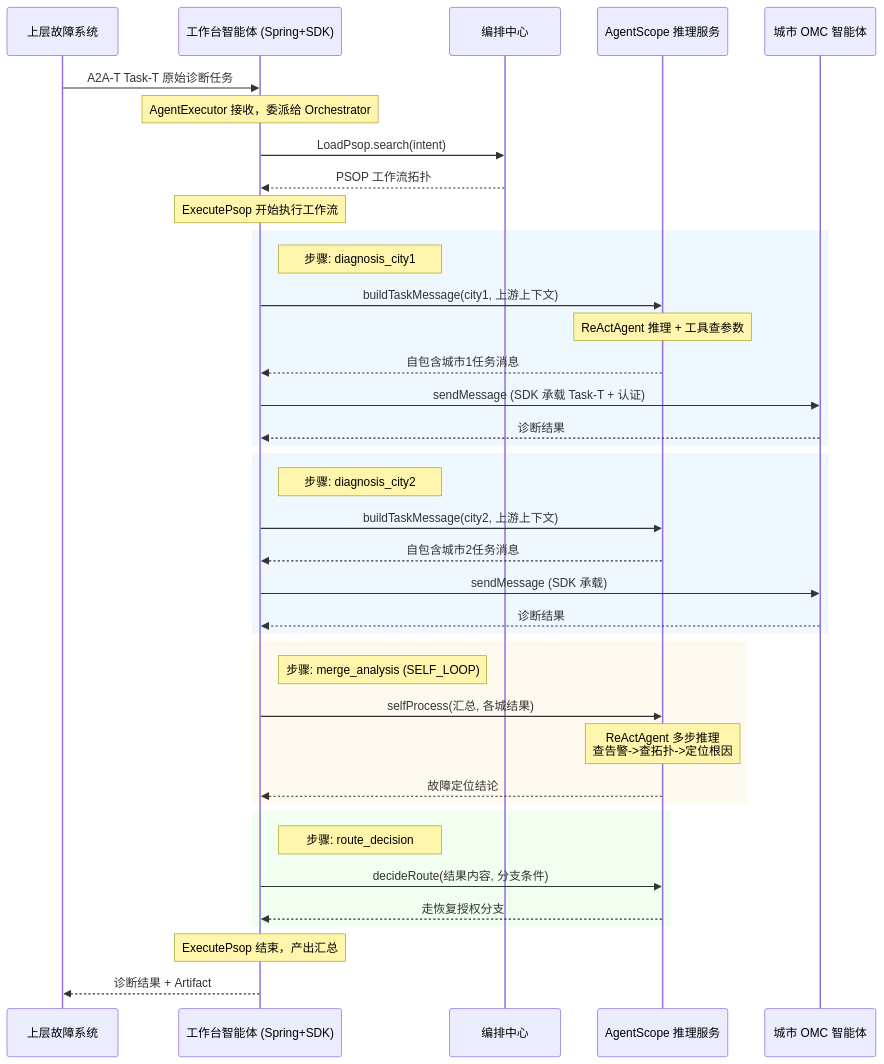
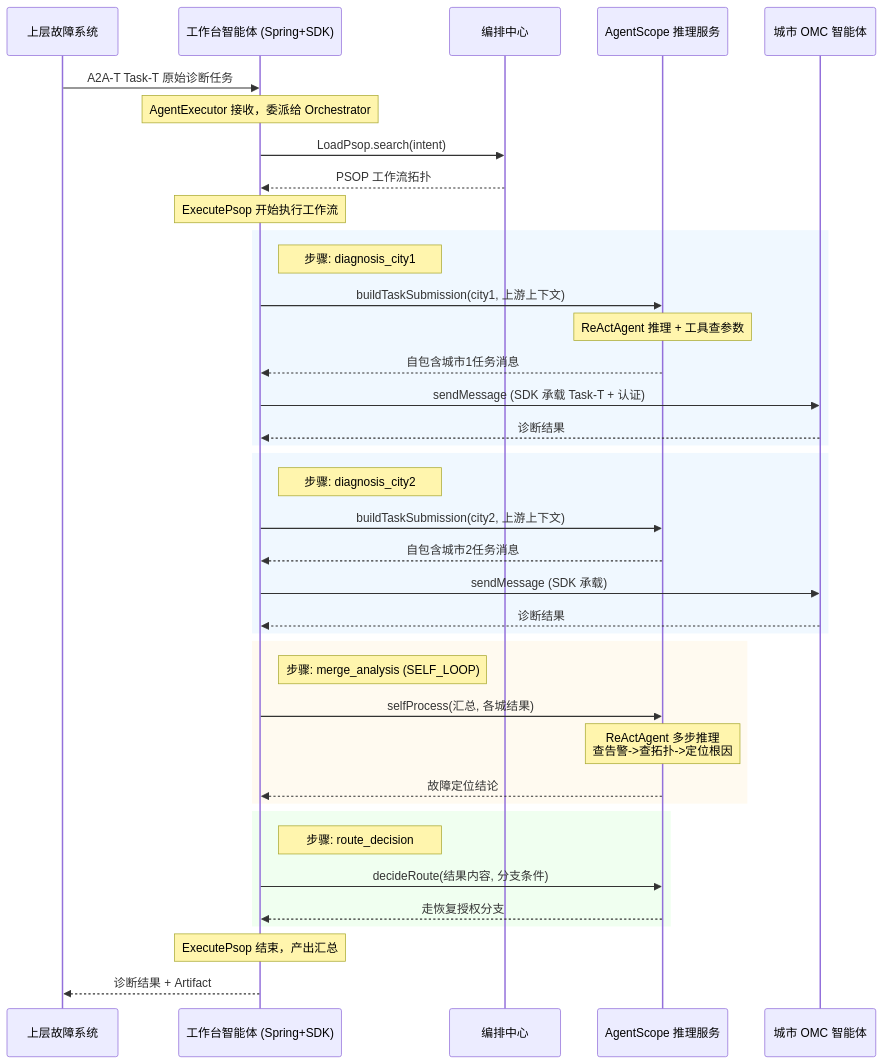
Before and after one commit to Zhoujie628/workflow-engine-sdk-java: the third of 4 diagrams in docs/zh/工作台AgentScope结合方案.md, drawn with Mermaid. The commit also changed other lines of this file and 39 other files, not shown here.

````diff
--- a/docs/zh/工作台AgentScope结合方案.md
+++ b/docs/zh/工作台AgentScope结合方案.md
@@ -213,47 +213,47 @@
 ```mermaid
 sequenceDiagram
     participant UPPER as 上层故障系统
     participant WB as 工作台智能体 (Spring+SDK)
     participant ORCH as 编排中心
     participant AS as AgentScope 推理服务
     participant OMC as 城市 OMC 智能体
 
     UPPER->>WB: A2A-T Task-T 原始诊断任务
     Note over WB: AgentExecutor 接收，委派给 Orchestrator
     WB->>ORCH: LoadPsop.search(intent)
     ORCH-->>WB: PSOP 工作流拓扑
     Note over WB: ExecutePsop 开始执行工作流
 
     rect rgba(240, 248, 255, 1)
         Note right of WB: 步骤: diagnosis_city1
-        WB->>AS: buildTaskMessage(city1, 上游上下文)
+        WB->>AS: buildTaskSubmission(city1, 上游上下文)
         Note over AS: ReActAgent 推理 + 工具查参数
         AS-->>WB: 自包含城市1任务消息
         WB->>OMC: sendMessage (SDK 承载 Task-T + 认证)
         OMC-->>WB: 诊断结果
     end
 
     rect rgba(240, 248, 255, 1)
         Note right of WB: 步骤: diagnosis_city2
-        WB->>AS: buildTaskMessage(city2, 上游上下文)
+        WB->>AS: buildTaskSubmission(city2, 上游上下文)
         AS-->>WB: 自包含城市2任务消息
         WB->>OMC: sendMessage (SDK 承载)
         OMC-->>WB: 诊断结果
     end
 
     rect rgba(255, 250, 240, 1)
         Note right of WB: 步骤: merge_analysis (SELF_LOOP)
         WB->>AS: selfProcess(汇总, 各城结果)
         Note over AS: ReActAgent 多步推理<br/>查告警->查拓扑->定位根因
         AS-->>WB: 故障定位结论
     end
 
     rect rgba(240, 255, 240, 1)
         Note right of WB: 步骤: route_decision
         WB->>AS: decideRoute(结果内容, 分支条件)
         AS-->>WB: 走恢复授权分支
     end
 
     Note over WB: ExecutePsop 结束，产出汇总
     WB-->>UPPER: 诊断结果 + Artifact
 ```
````
